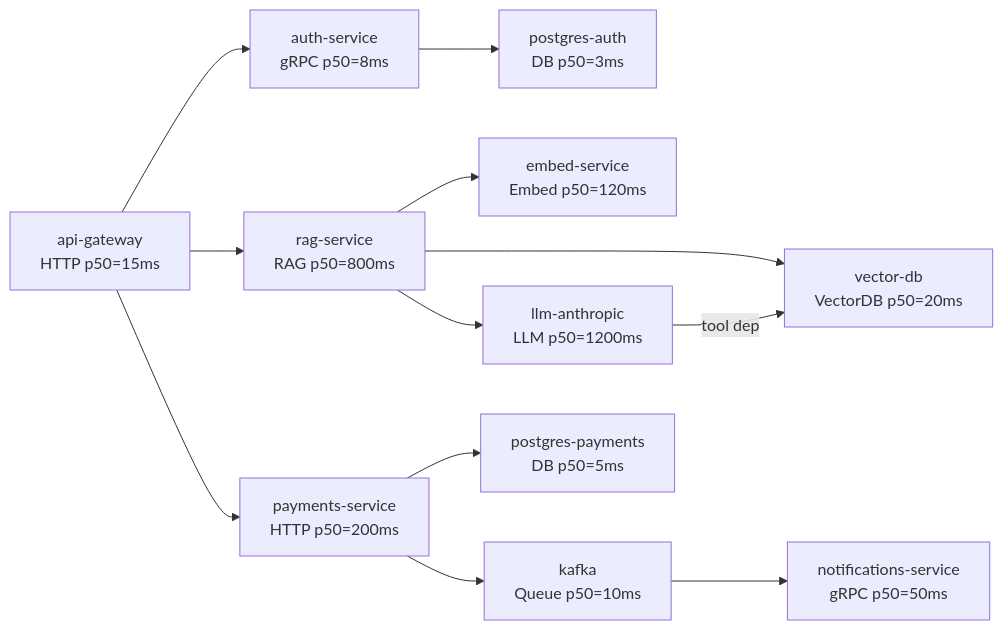
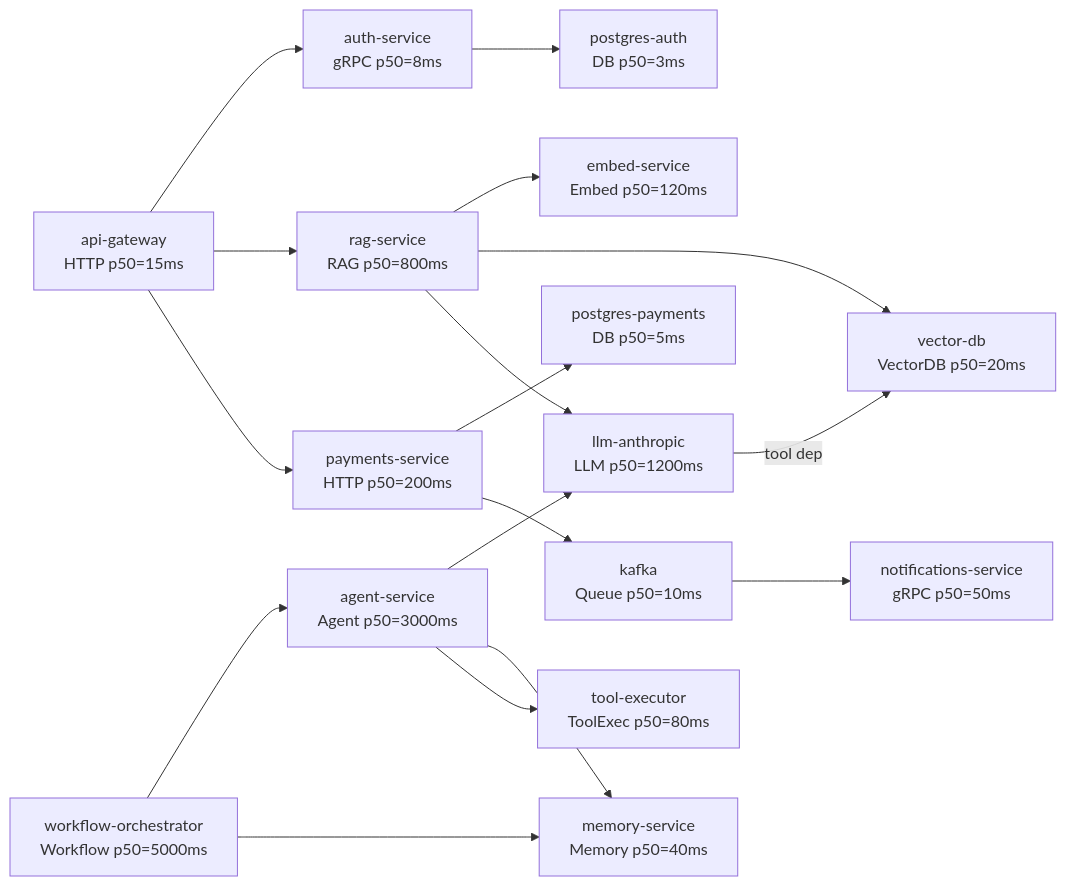
One commit to rondomondo/genai-observability-data changed the first of 3 diagrams in README.md. Above: the diagram before and after it, drawn with Mermaid. The commit also changed other lines of this file and 17 other files, not shown here.

````diff
--- a/README.md
+++ b/README.md
@@ -77,26 +79,35 @@
 ```mermaid
 flowchart LR
     GW["api-gateway<br>HTTP p50=15ms"]
     AUTH["auth-service<br>gRPC p50=8ms"]
     PGA["postgres-auth<br>DB p50=3ms"]
     RAG["rag-service<br>RAG p50=800ms"]
     EMB["embed-service<br>Embed p50=120ms"]
     VDB["vector-db<br>VectorDB p50=20ms"]
     LLM["llm-anthropic<br>LLM p50=1200ms"]
     PAY["payments-service<br>HTTP p50=200ms"]
     PGP["postgres-payments<br>DB p50=5ms"]
     KFK["kafka<br>Queue p50=10ms"]
     NOT["notifications-service<br>gRPC p50=50ms"]
+    AGT["agent-service<br>Agent p50=3000ms"]
+    TOOL["tool-executor<br>ToolExec p50=80ms"]
+    MEM["memory-service<br>Memory p50=40ms"]
+    WFL["workflow-orchestrator<br>Workflow p50=5000ms"]
 
     GW --> AUTH
     GW --> RAG
     GW --> PAY
     AUTH --> PGA
     RAG --> EMB
     RAG --> VDB
     RAG --> LLM
     LLM -->|"tool dep"| VDB
     PAY --> PGP
     PAY --> KFK
     KFK --> NOT
+    WFL --> AGT
+    WFL --> MEM
+    AGT --> LLM
+    AGT --> MEM
+    AGT --> TOOL
 ```
````
